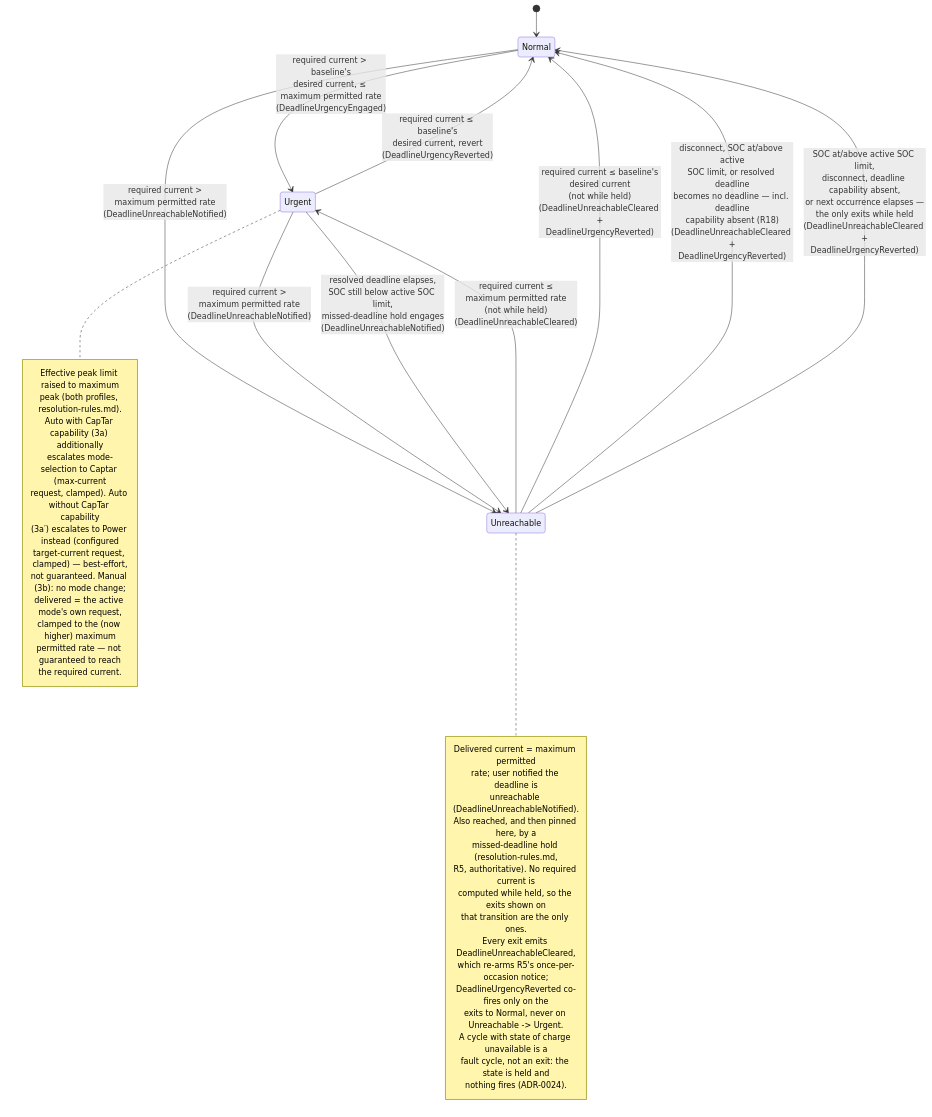
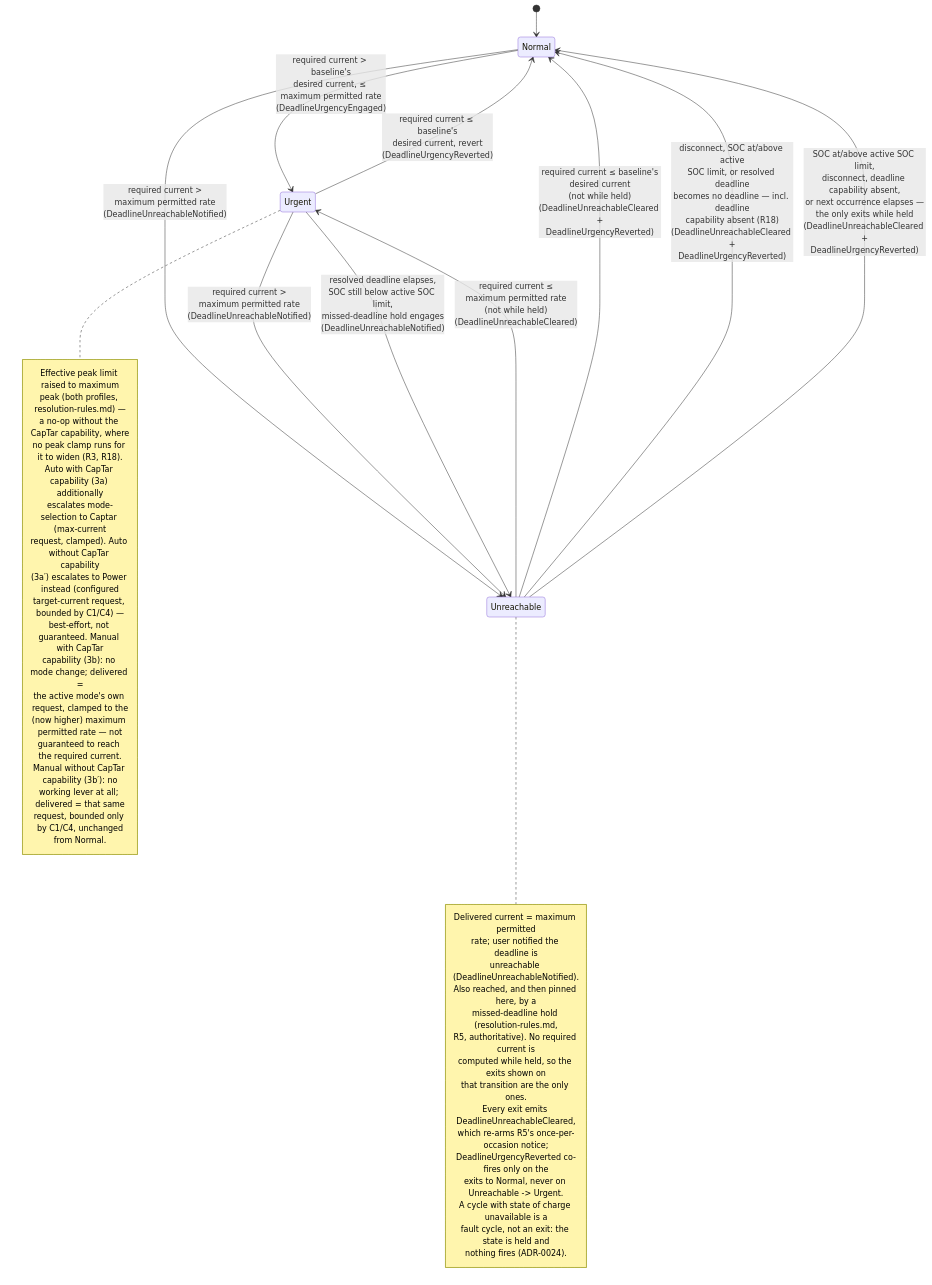
Before and after one commit to kristofdegrave/homeassistant-smart-charging: the diagram in docs/analysis/use-cases/UC05-guarantee-ready-by-departure.md, drawn with Mermaid. The commit also changed other lines of this file and 6 other files, not shown here.

````diff
--- a/docs/analysis/use-cases/UC05-guarantee-ready-by-departure.md
+++ b/docs/analysis/use-cases/UC05-guarantee-ready-by-departure.md
@@ -104,44 +109,50 @@
 ```mermaid
 stateDiagram-v2
     [*] --> Normal
     Normal --> Urgent: required current > baseline's<br/>desired current, ≤ maximum permitted rate<br/>(DeadlineUrgencyEngaged)
     Normal --> Unreachable: required current ><br/>maximum permitted rate<br/>(DeadlineUnreachableNotified)
     Urgent --> Normal: required current ≤ baseline's<br/>desired current, revert<br/>(DeadlineUrgencyReverted)
     Urgent --> Unreachable: required current ><br/>maximum permitted rate<br/>(DeadlineUnreachableNotified)
     Urgent --> Unreachable: resolved deadline elapses,<br/>SOC still below active SOC limit,<br/>missed-deadline hold engages<br/>(DeadlineUnreachableNotified)
     Unreachable --> Urgent: required current ≤<br/>maximum permitted rate<br/>(not while held)<br/>(DeadlineUnreachableCleared)
     Unreachable --> Normal: required current ≤ baseline's<br/>desired current<br/>(not while held)<br/>(DeadlineUnreachableCleared +<br/>DeadlineUrgencyReverted)
     Unreachable --> Normal: disconnect, SOC at/above active<br/>SOC limit, or resolved deadline<br/>becomes no deadline — incl. deadline<br/>capability absent (R18)<br/>(DeadlineUnreachableCleared +<br/>DeadlineUrgencyReverted)
     Unreachable --> Normal: SOC at/above active SOC limit,<br/>disconnect, deadline capability absent,<br/>or next occurrence elapses —<br/>the only exits while held<br/>(DeadlineUnreachableCleared +<br/>DeadlineUrgencyReverted)
     note right of Urgent
         Effective peak limit raised to maximum
-        peak (both profiles, resolution-rules.md).
+        peak (both profiles, resolution-rules.md) —
+        a no-op without the CapTar capability, where
+        no peak clamp runs for it to widen (R3, R18).
         Auto with CapTar capability (3a) additionally
         escalates mode-selection to Captar (max-current
         request, clamped). Auto without CapTar capability
         (3a′) escalates to Power instead (configured
-        target-current request, clamped) — best-effort,
-        not guaranteed. Manual (3b): no mode change;
-        delivered = the active mode's own request,
-        clamped to the (now higher) maximum
-        permitted rate — not guaranteed to reach
-        the required current.
+        target-current request, bounded by C1/C4) —
+        best-effort, not guaranteed. Manual with CapTar
+        capability (3b): no mode change; delivered =
+        the active mode's own request, clamped to the
+        (now higher) maximum permitted rate — not
+        guaranteed to reach the required current.
+        Manual without CapTar capability (3b′): no
+        working lever at all; delivered = that same
+        request, bounded only by C1/C4, unchanged
+        from Normal.
     end note
     note right of Unreachable
         Delivered current = maximum permitted
         rate; user notified the deadline is
         unreachable (DeadlineUnreachableNotified).
         Also reached, and then pinned here, by a
         missed-deadline hold (resolution-rules.md,
         R5, authoritative). No required current is
         computed while held, so the exits shown on
         that transition are the only ones.
         Every exit emits DeadlineUnreachableCleared,
         which re-arms R5's once-per-occasion notice;
         DeadlineUrgencyReverted co-fires only on the
         exits to Normal, never on Unreachable -> Urgent.
         A cycle with state of charge unavailable is a
         fault cycle, not an exit: the state is held and
         nothing fires (ADR-0024).
     end note
 ```
````
